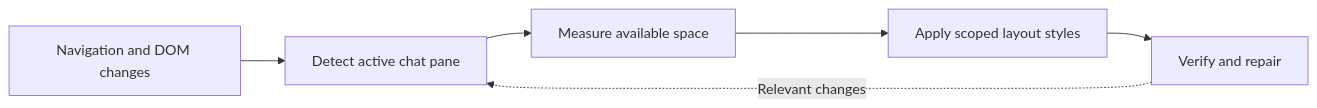
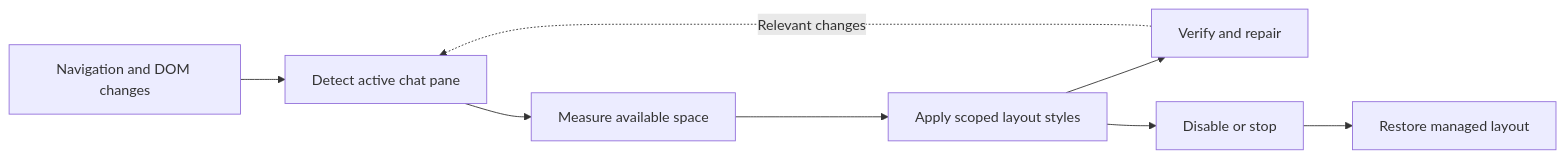
The diagram in README.md (jsmlabs/ultrawide-chatgpt), drawn with Mermaid before and after one commit. The commit also changed other lines of this file and 1 other file, not shown here.

Commit message:
docs: refresh README and document current layout safeguards and validation

````diff
--- a/README.md
+++ b/README.md
@@ -205,8 +261,10 @@
 ```mermaid
 flowchart LR
     A[Navigation and DOM changes] --> B[Detect active chat pane]
     B --> C[Measure available space]
     C --> D[Apply scoped layout styles]
     D --> E[Verify and repair]
     E -. Relevant changes .-> B
+    D --> F[Disable or stop]
+    F --> G[Restore managed layout]
 ```
````
